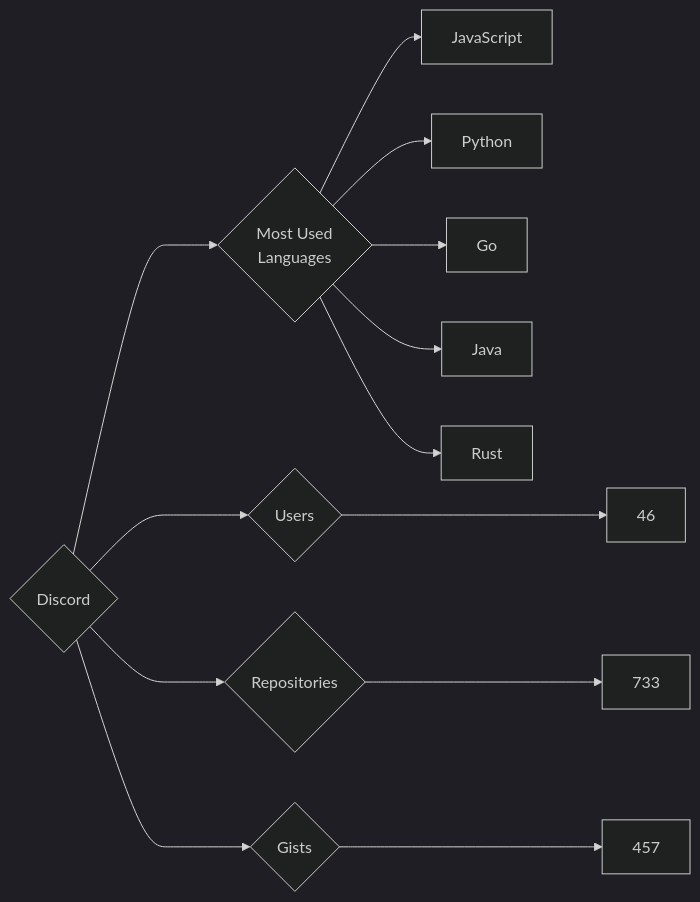
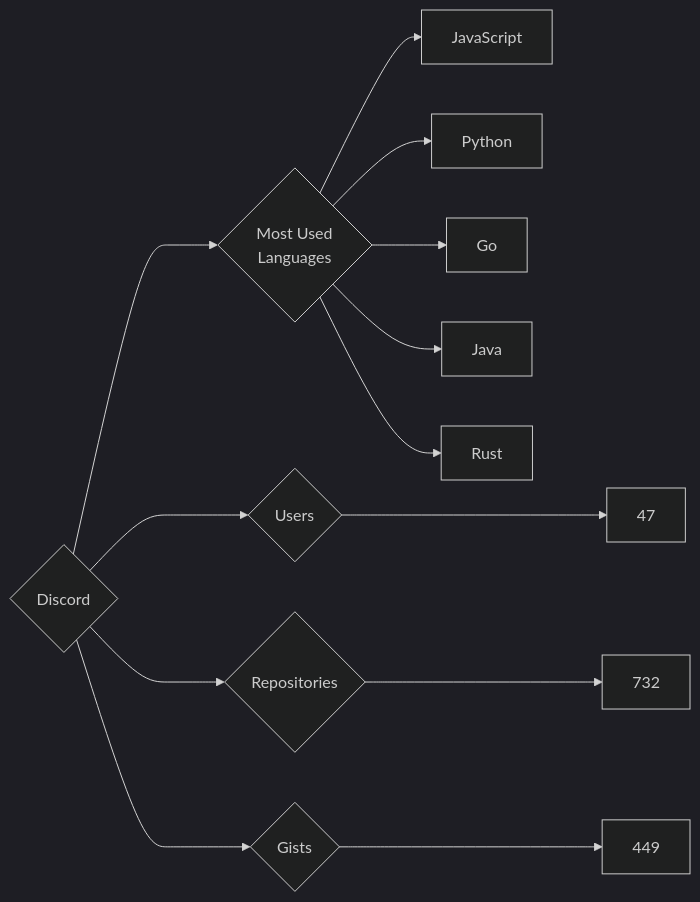
The diagram in targets/Discord/README.md (trickest/insiders), drawn with Mermaid (dark theme) before and after one commit. The commit also changed 891 other files, not shown here.

````diff
--- a/targets/Discord/README.md
+++ b/targets/Discord/README.md
@@ -3,13 +3,13 @@
 ```mermaid
 graph LR
 COMPANY_NAME{Discord}
-COMPANY_NAME ---> U{Users} ---> UN[46]
-COMPANY_NAME ---> R{Repositories} ---> RN[733]
-COMPANY_NAME ---> G{Gists} ---> GN[457]
+COMPANY_NAME ---> U{Users} ---> UN[47]
+COMPANY_NAME ---> R{Repositories} ---> RN[732]
+COMPANY_NAME ---> G{Gists} ---> GN[449]
 COMPANY_NAME ---> ML{Most Used<br>Languages}
 ML --> JavaScript[JavaScript]
 ML --> Python[Python]
 ML --> Go[Go]
 ML --> Java[Java]
 ML --> Rust[Rust]
 ```
````
